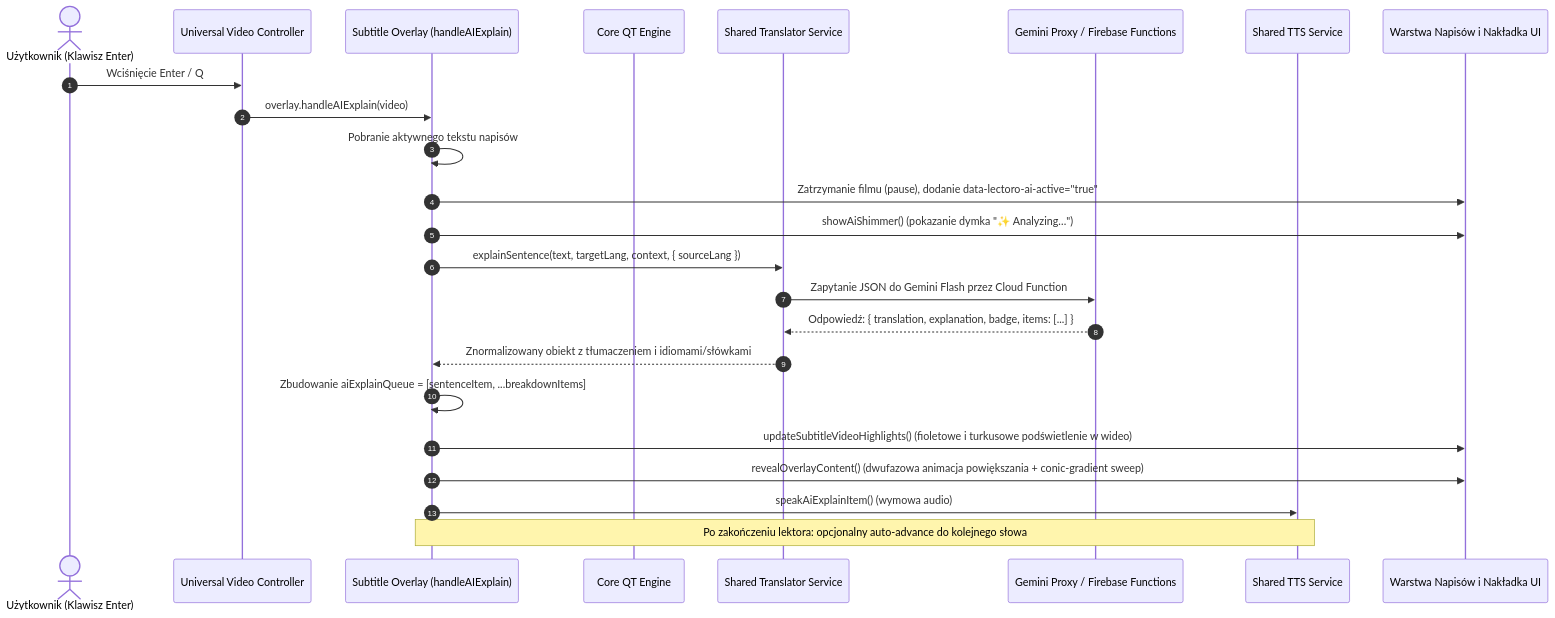
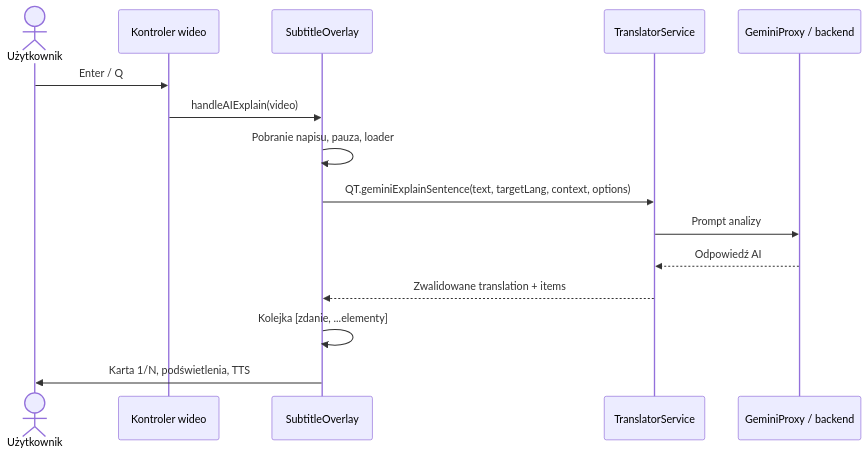
The diagram in docs/Enter.md (Szenlify/Lectoro), drawn with Mermaid before and after one commit. The commit also changed other lines of this file, not shown here.

````diff
--- a/docs/Enter.md
+++ b/docs/Enter.md
@@ -42,27 +109,17 @@
 ```mermaid
 sequenceDiagram
-    autonumber
-    actor U as Użytkownik (Klawisz Enter)
-    participant C as Universal Video Controller
-    participant SO as Subtitle Overlay (handleAIExplain)
-    participant QT as Core QT Engine
-    participant TS as Shared Translator Service
-    participant GP as Gemini Proxy / Firebase Functions
-    participant TTS as Shared TTS Service
-    participant DOM as Warstwa Napisów i Nakładka UI
-
-    U->>C: Wciśnięcie Enter / Q
-    C->>SO: overlay.handleAIExplain(video)
-    SO->>SO: Pobranie aktywnego tekstu napisów
-    SO->>DOM: Zatrzymanie filmu (pause), dodanie data-lectoro-ai-active="true"
-    SO->>DOM: showAiShimmer() (pokazanie dymka "✨ Analyzing…")
-    SO->>TS: explainSentence(text, targetLang, context, { sourceLang })
-    TS->>GP: Zapytanie JSON do Gemini Flash przez Cloud Function
-    GP-->>TS: Odpowiedź: { translation, explanation, badge, items: [...] }
-    TS-->>SO: Znormalizowany obiekt z tłumaczeniem i idiomami/słówkami
-    SO->>SO: Zbudowanie aiExplainQueue = [sentenceItem, ...breakdownItems]
-    SO->>DOM: updateSubtitleVideoHighlights() (fioletowe i turkusowe podświetlenie w wideo)
-    SO->>DOM: revealOverlayContent() (dwufazowa animacja powiększania + conic-gradient sweep)
-    SO->>TTS: speakAiExplainItem() (wymowa audio)
-    Note over SO,TTS: Po zakończeniu lektora: opcjonalny auto-advance do kolejnego słowa
+    actor U as Użytkownik
+    participant C as Kontroler wideo
+    participant O as SubtitleOverlay
+    participant T as TranslatorService
+    participant P as GeminiProxy / backend
+    U->>C: Enter / Q
+    C->>O: handleAIExplain(video)
+    O->>O: Pobranie napisu, pauza, loader
+    O->>T: QT.geminiExplainSentence(text, targetLang, context, options)
+    T->>P: Prompt analizy
+    P-->>T: Odpowiedź AI
+    T-->>O: Zwalidowane translation + items
+    O->>O: Kolejka [zdanie, ...elementy]
+    O->>U: Karta 1/N, podświetlenia, TTS
 ```
````
